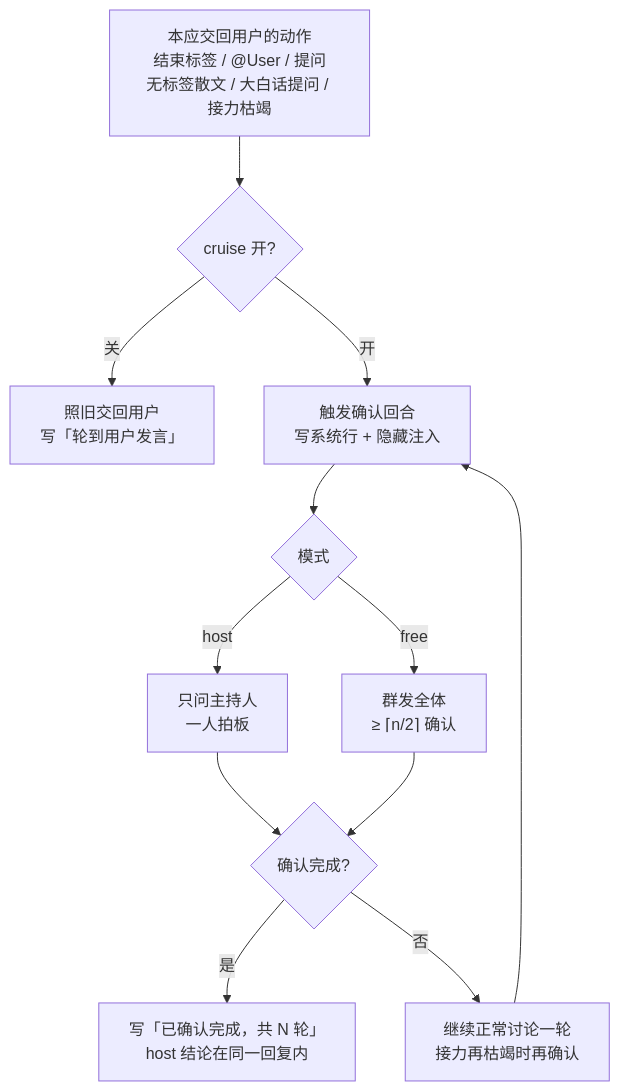
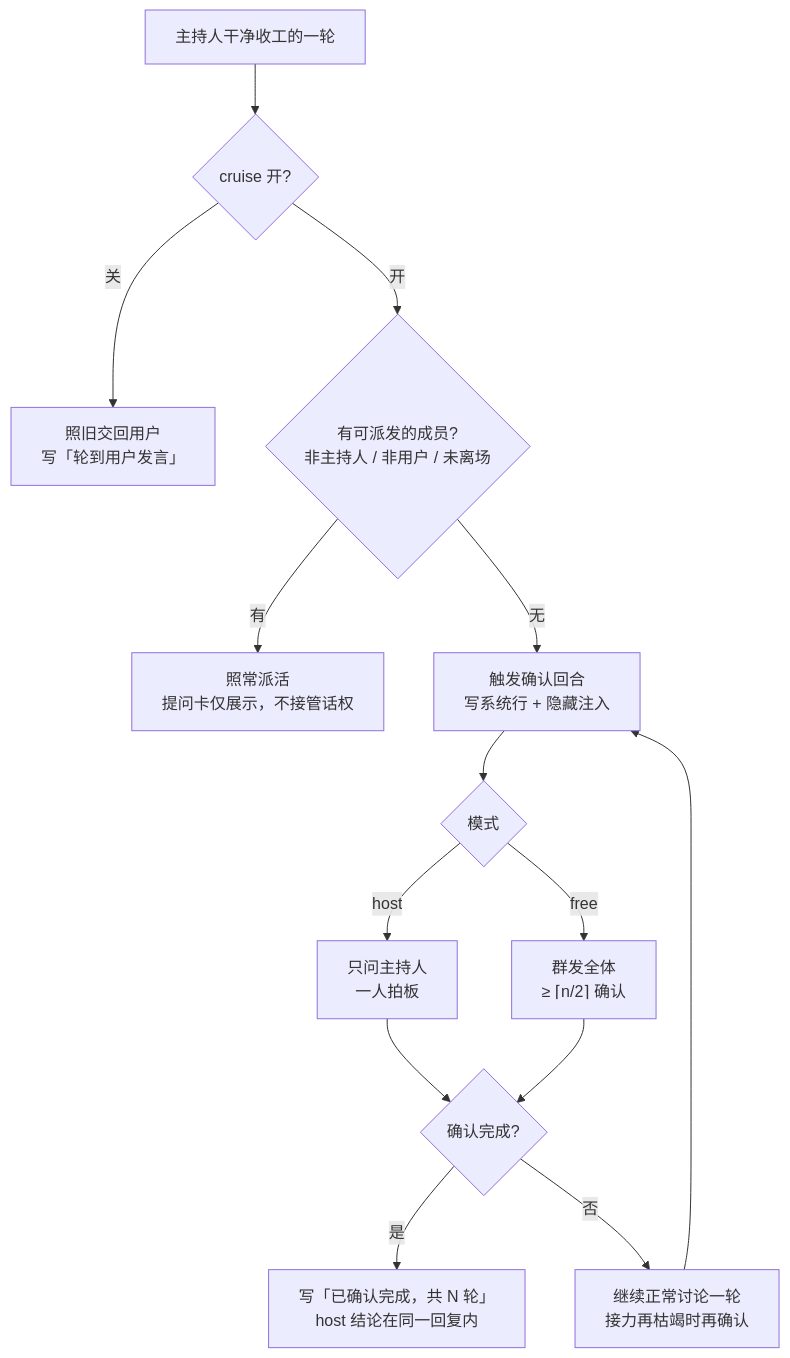
One commit to clawbench-dev/clawbench changed the fourth of 4 diagrams in docs/spec/features/group-chat.md. Above: the diagram before and after it, drawn with Mermaid. The commit also changed other lines of this file and 4 other files, not shown here.

````diff
--- a/docs/spec/features/group-chat.md
+++ b/docs/spec/features/group-chat.md
@@ -81,14 +81,16 @@
 ```mermaid
 flowchart TB
-    A[本应交回用户的动作<br/>结束标签 / @User / 提问<br/>无标签散文 / 大白话提问 / 接力枯竭] --> B{cruise 开?}
+    A[主持人干净收工的一轮] --> B{cruise 开?}
     B -->|关| H[照旧交回用户<br/>写「轮到用户发言」]
-    B -->|开| C[触发确认回合<br/>写系统行 + 隐藏注入]
+    B -->|开| P{有可派发的成员?<br/>非主持人 / 非用户 / 未离场}
+    P -->|有| R[照常派活<br/>提问卡仅展示，不接管话权]
+    P -->|无| C[触发确认回合<br/>写系统行 + 隐藏注入]
     C --> D{模式}
     D -->|host| E[只问主持人<br/>一人拍板]
     D -->|free| F[群发全体<br/>≥ ⌈n/2⌉ 确认]
     E --> G{确认完成?}
     F --> G
     G -->|是| I[写「已确认完成，共 N 轮」<br/>host 结论在同一回复内]
     G -->|否| J[继续正常讨论一轮<br/>接力再枯竭时再确认]
     J --> C
 ```
````
